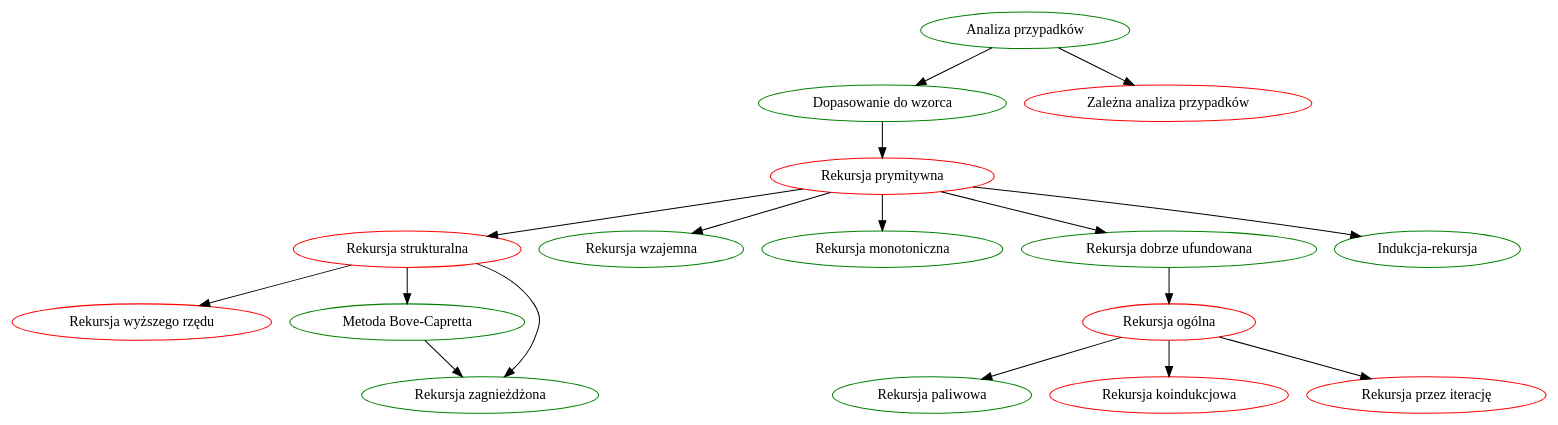
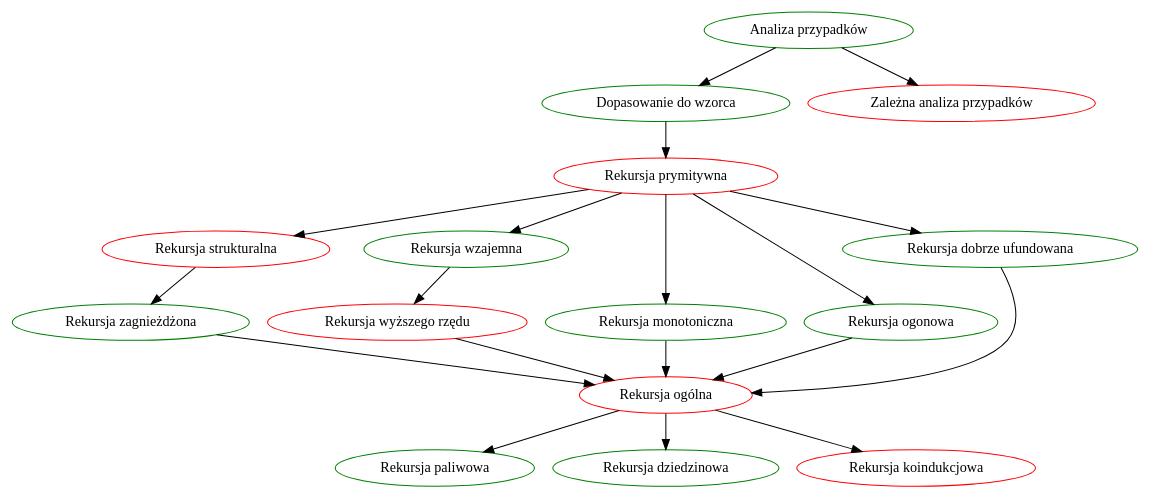
Before and after one commit to wkolowski/Typonomikon: the diagram in txt/plany/rekursja.dot, drawn with Graphviz. The commit also changed 14 other files, not shown here.

```diff
--- a/txt/plany/rekursja.dot
+++ b/txt/plany/rekursja.dot
@@ -1,40 +1,46 @@
 digraph
 {
 
   Przypadki                 [label = "Analiza przypadków"        , color = green]
   Wzorce                    [label = "Dopasowanie do wzorca"     , color = green]
   ZależnePrzypadki          [label = "Zależna analiza przypadków", color = red  ]
   
   Prymitywna                [label = "Rekursja prymitywna"       , color = red  ]
   Strukturalna              [label = "Rekursja strukturalna"     , color = red  ]
+  
   Wzajemna                  [label = "Rekursja wzajemna"         , color = green]
-  
+  WyższegoRzędu             [label = "Rekursja wyższego rzędu"   , color = red  ]
+
   Monotoniczna              [label = "Rekursja monotoniczna"     , color = green]
-  WyższegoRzędu             [label = "Rekursja wyższego rzędu"   , color = red  ]
+  Ogonowa                   [label = "Rekursja ogonowa"          , color = green]
 
   Ufundowana                [label = "Rekursja dobrze ufundowana", color = green]
   
-  Dziedzinowa               [label = "Metoda Bove-Capretta", color = green]
   Zagnieżdżona              [label = "Rekursja zagnieżdżona"     , color = green]
   
-  IndukcjaRekursja          [label = "Indukcja-rekursja"         , color = green]
+  
 
   Ogólna                    [label = "Rekursja ogólna"           , color = red  ]
   Paliwowa                  [label = "Rekursja paliwowa"         , color = green]
+  Dziedzinowa               [label = "Rekursja dziedzinowa"      , color = green]
   Koind                     [label = "Rekursja koindukcjowa"     , color = red  ]
-  Iter                      [label = "Rekursja przez iterację"   , color = red  ]
+  
 
 
+  Przypadki     -> Wzorce, ZależnePrzypadki
+  Wzorce        -> Prymitywna
+  
+  Prymitywna    -> Monotoniczna, Ogonowa, Strukturalna, Wzajemna, Ufundowana
+  Strukturalna  -> Zagnieżdżona
+  Zagnieżdżona  -> Ogólna
 
-  Przypadki    -> Wzorce, ZależnePrzypadki
-  Wzorce       -> Prymitywna
-  Prymitywna   -> Monotoniczna, Strukturalna, Wzajemna, Ufundowana, IndukcjaRekursja
-  Strukturalna -> WyższegoRzędu, Zagnieżdżona, Dziedzinowa
+  Wzajemna      -> WyższegoRzędu
+  WyższegoRzędu -> Ogólna
 
-  Ufundowana   -> Ogólna
-  Dziedzinowa  -> Zagnieżdżona
+  Monotoniczna  -> Ogólna
+  Ogonowa       -> Ogólna
 
-  Ogólna       -> Paliwowa, Koind, Iter
-  
+  Ufundowana    -> Ogólna
 
+  Ogólna       -> Paliwowa, Dziedzinowa, Koind
 }
```
